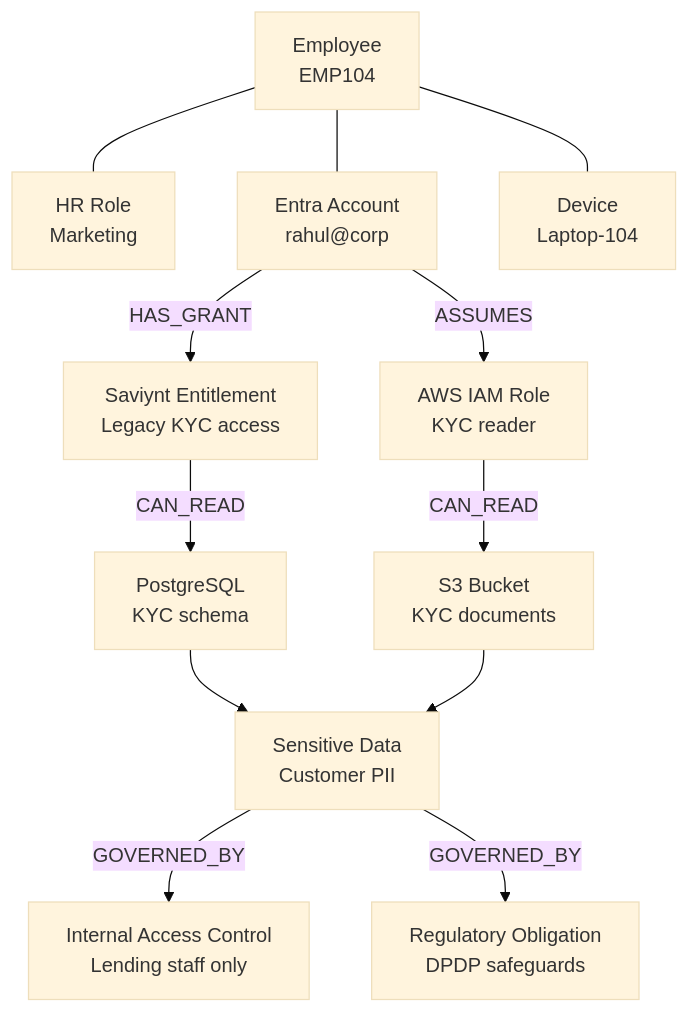
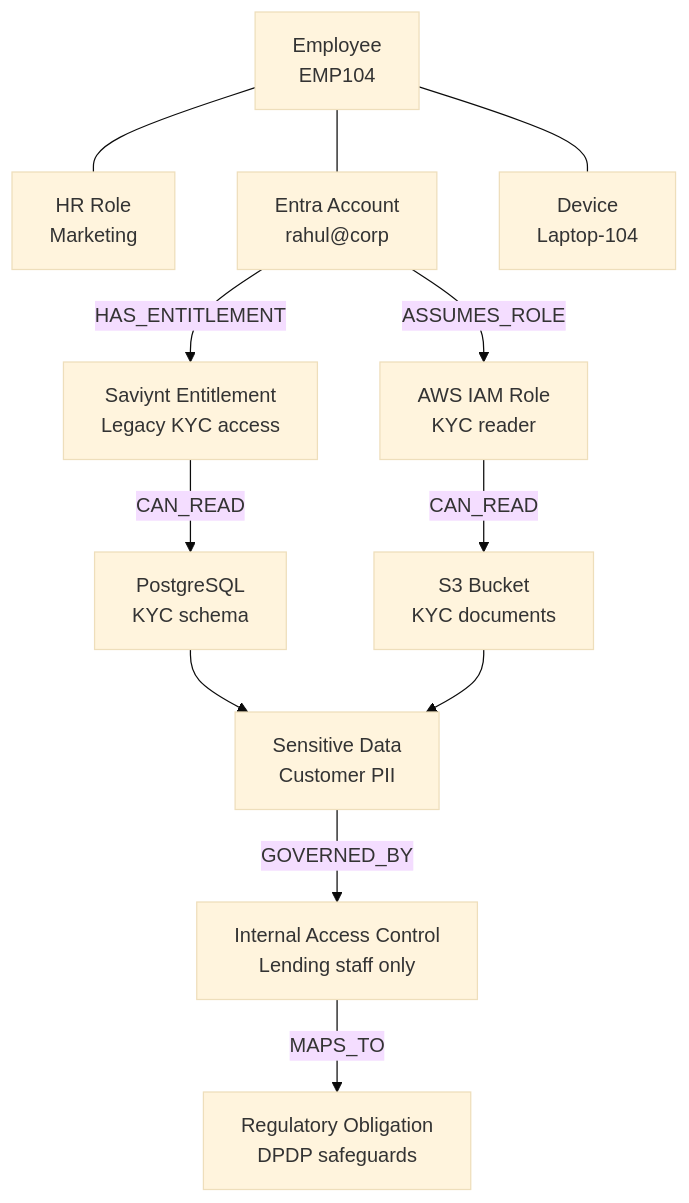
One commit to knight099/ComplianceAgent changed the sixth of 17 diagrams in docs/complyos-2-system-design.md. Above: the diagram before and after it, drawn with Mermaid (base theme). The commit also changed other lines of this file and 23 other files, not shown here.

Commit message:
Add ComplyOS architecture visual gallery

````diff
--- a/docs/complyos-2-system-design.md
+++ b/docs/complyos-2-system-design.md
@@ -575,26 +577,26 @@
 ```mermaid
 flowchart TB
     Employee["Employee<br/>EMP104"]
     Role["HR Role<br/>Marketing"]
     Account["Entra Account<br/>rahul@corp"]
     Device["Device<br/>Laptop-104"]
     Entitlement["Saviynt Entitlement<br/>Legacy KYC access"]
     AWSRole["AWS IAM Role<br/>KYC reader"]
     Database["PostgreSQL<br/>KYC schema"]
     Bucket["S3 Bucket<br/>KYC documents"]
     Data["Sensitive Data<br/>Customer PII"]
     Control["Internal Access Control<br/>Lending staff only"]
     Obligation["Regulatory Obligation<br/>DPDP safeguards"]
 
     Employee --- Role
     Employee --- Account
     Employee --- Device
-    Account -->|HAS_GRANT| Entitlement
-    Account -->|ASSUMES| AWSRole
+    Account -->|HAS_ENTITLEMENT| Entitlement
+    Account -->|ASSUMES_ROLE| AWSRole
     Entitlement -->|CAN_READ| Database
     AWSRole -->|CAN_READ| Bucket
     Database --> Data
     Bucket --> Data
     Data -->|GOVERNED_BY| Control
-    Data -->|GOVERNED_BY| Obligation
+    Control -->|MAPS_TO| Obligation
 ```
````
